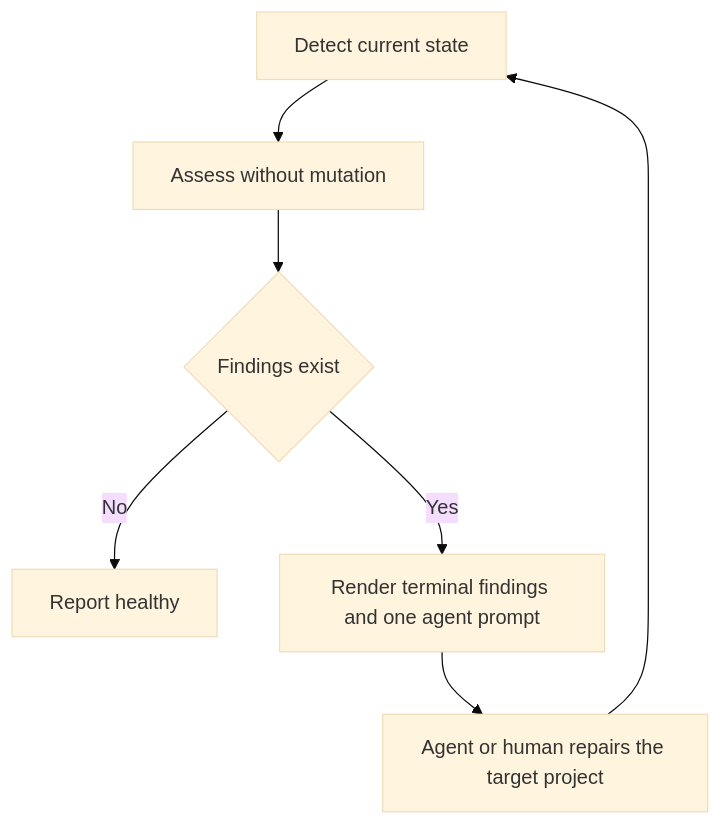
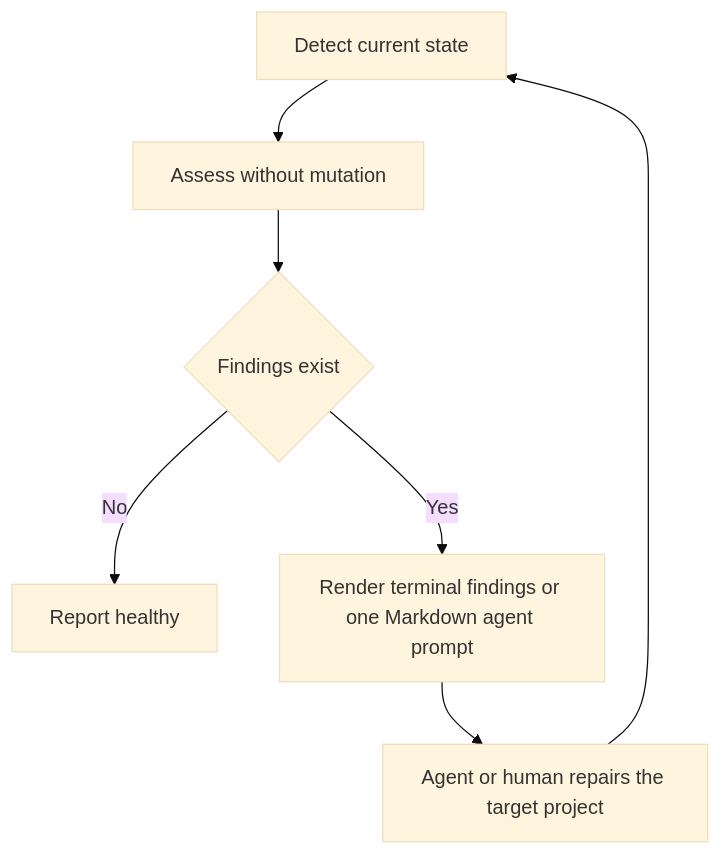
Before and after one commit to adelrodriguez/adamantite: the diagram in docs/architecture.md, drawn with Mermaid (base theme). The commit also changed other lines of this file and 10 other files, not shown here.

````diff
--- a/docs/architecture.md
+++ b/docs/architecture.md
@@ -41,9 +41,9 @@
 ```mermaid
 flowchart TD
   A[Detect current state] --> B[Assess without mutation]
   B --> C{Findings exist}
   C -->|No| D[Report healthy]
-  C -->|Yes| E[Render terminal findings and one agent prompt]
+  C -->|Yes| E[Render terminal findings or one Markdown agent prompt]
   E --> F[Agent or human repairs the target project]
   F --> A
 ```
````
